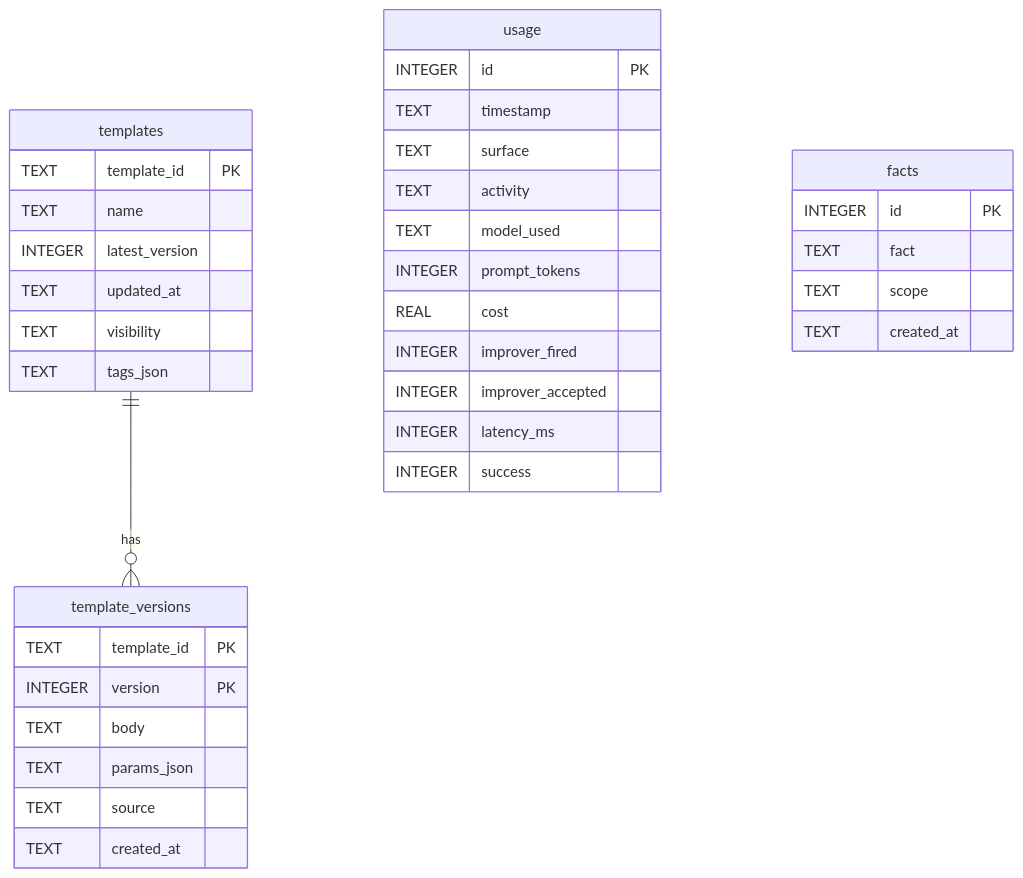
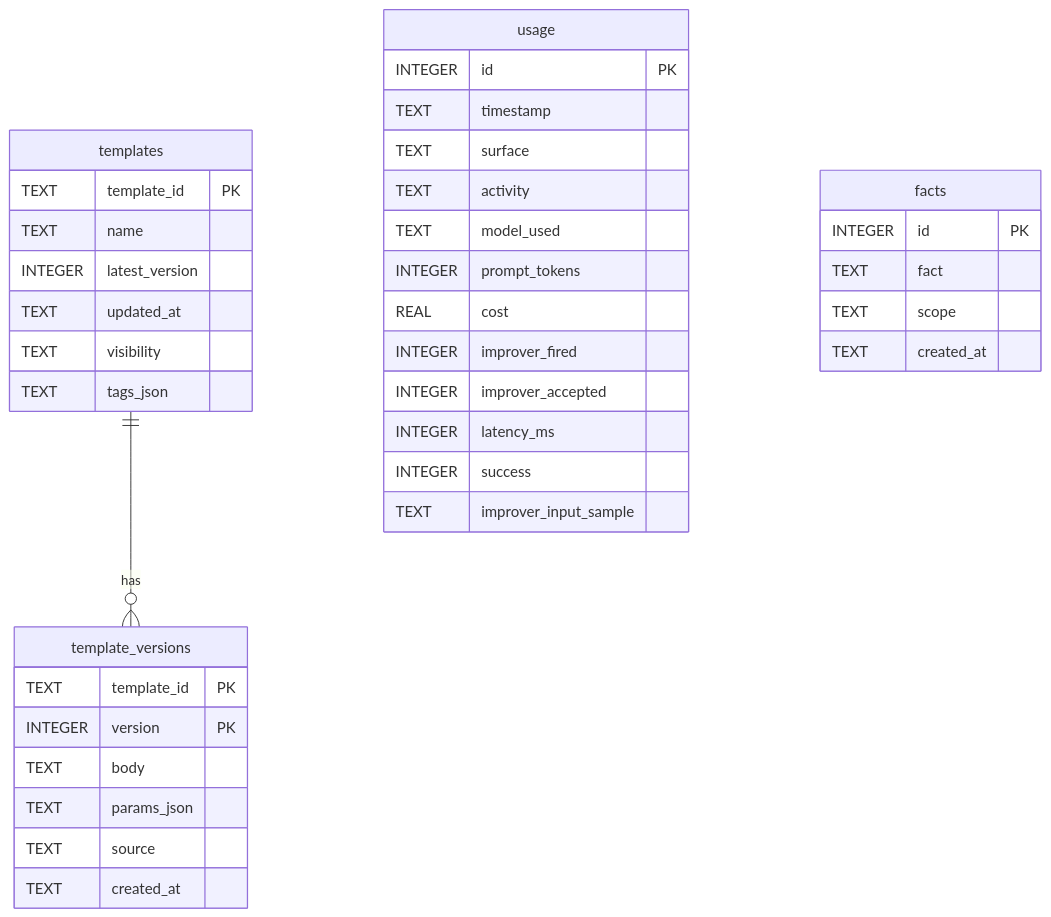
The diagram in docs/database-schema.md (Yann-0/ylang), drawn with Mermaid before and after one commit. The commit also changed other lines of this file and 38 other files, not shown here.

````diff
--- a/docs/database-schema.md
+++ b/docs/database-schema.md
@@ -12,39 +13,40 @@
 ```mermaid
 erDiagram
     templates ||--o{ template_versions : has
     templates {
         TEXT template_id PK
         TEXT name
         INTEGER latest_version
         TEXT updated_at
         TEXT visibility
         TEXT tags_json
     }
     template_versions {
         TEXT template_id PK
         INTEGER version PK
         TEXT body
         TEXT params_json
         TEXT source
         TEXT created_at
     }
     usage {
         INTEGER id PK
         TEXT timestamp
         TEXT surface
         TEXT activity
         TEXT model_used
         INTEGER prompt_tokens
         REAL cost
         INTEGER improver_fired
         INTEGER improver_accepted
         INTEGER latency_ms
         INTEGER success
+        TEXT improver_input_sample
     }
     facts {
         INTEGER id PK
         TEXT fact
         TEXT scope
         TEXT created_at
     }
 ```
````
